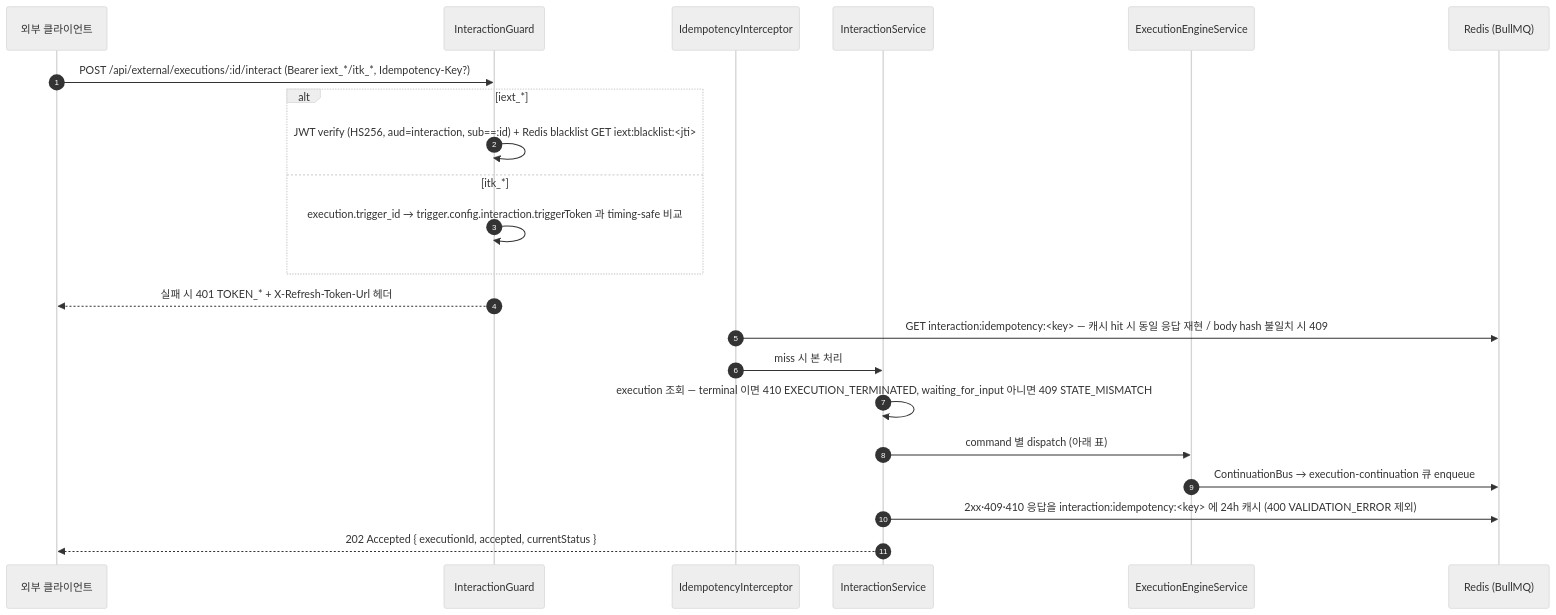
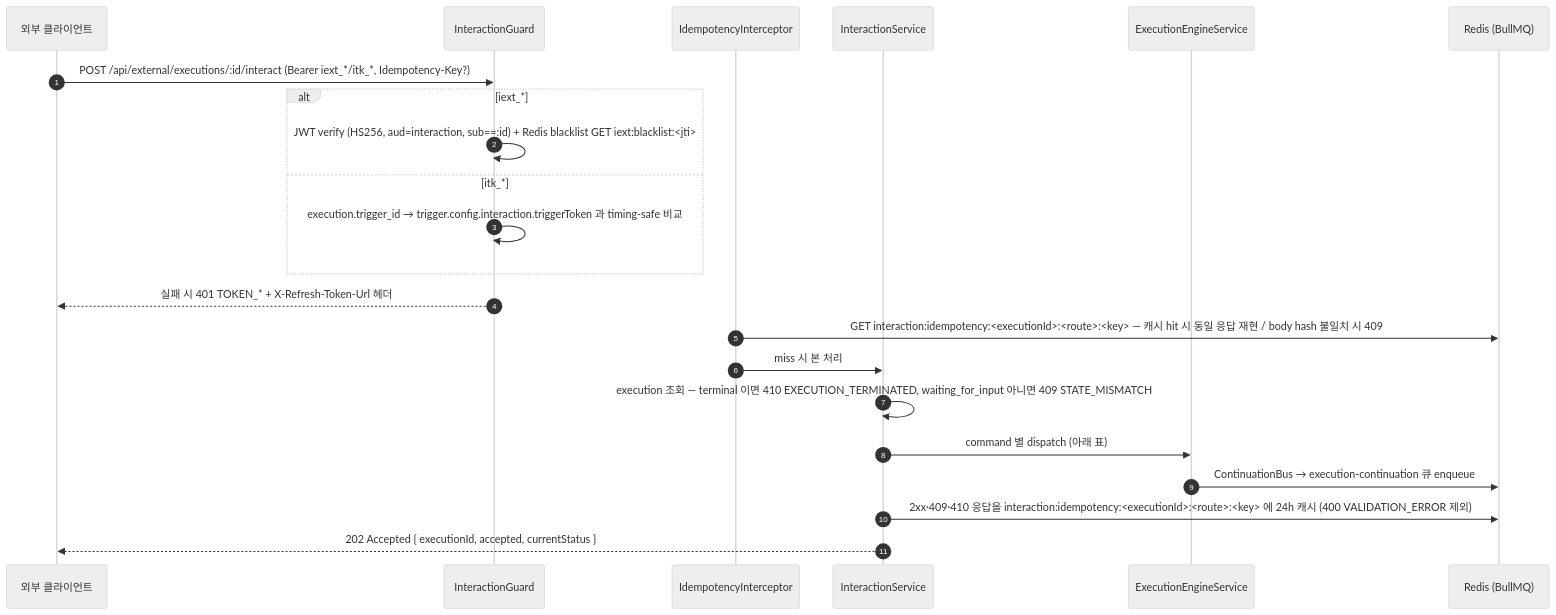
One commit to worker-ants/clemvion changed the second of 4 diagrams in spec/data-flow/15-external-interaction.md. Above: the diagram before and after it, drawn with Mermaid (neutral theme). The commit also changed other lines of this file and 11 other files, not shown here.

````diff
--- a/spec/data-flow/15-external-interaction.md
+++ b/spec/data-flow/15-external-interaction.md
@@ -76,25 +76,25 @@
 ```mermaid
 sequenceDiagram
   autonumber
   participant Ext as 외부 클라이언트
   participant G as InteractionGuard
   participant Idem as IdempotencyInterceptor
   participant Svc as InteractionService
   participant Eng as ExecutionEngineService
   participant Q as Redis (BullMQ)
 
   Ext->>G: POST /api/external/executions/:id/interact (Bearer iext_*/itk_*, Idempotency-Key?)
   alt iext_*
     G->>G: JWT verify (HS256, aud=interaction, sub==:id) + Redis blacklist GET iext:blacklist:<jti>
   else itk_*
     G->>G: execution.trigger_id → trigger.config.interaction.triggerToken 과 timing-safe 비교
   end
   G-->>Ext: 실패 시 401 TOKEN_* + X-Refresh-Token-Url 헤더
-  Idem->>Q: GET interaction:idempotency:<key> — 캐시 hit 시 동일 응답 재현 / body hash 불일치 시 409
+  Idem->>Q: GET interaction:idempotency:<executionId>:<route>:<key> — 캐시 hit 시 동일 응답 재현 / body hash 불일치 시 409
   Idem->>Svc: miss 시 본 처리
   Svc->>Svc: execution 조회 — terminal 이면 410 EXECUTION_TERMINATED, waiting_for_input 아니면 409 STATE_MISMATCH
   Svc->>Eng: command 별 dispatch (아래 표)
   Eng->>Q: ContinuationBus → execution-continuation 큐 enqueue
-  Svc->>Q: 2xx·409·410 응답을 interaction:idempotency:<key> 에 24h 캐시 (400 VALIDATION_ERROR 제외)
+  Svc->>Q: 2xx·409·410 응답을 interaction:idempotency:<executionId>:<route>:<key> 에 24h 캐시 (400 VALIDATION_ERROR 제외)
   Svc-->>Ext: 202 Accepted { executionId, accepted, currentStatus }
 ```
````
